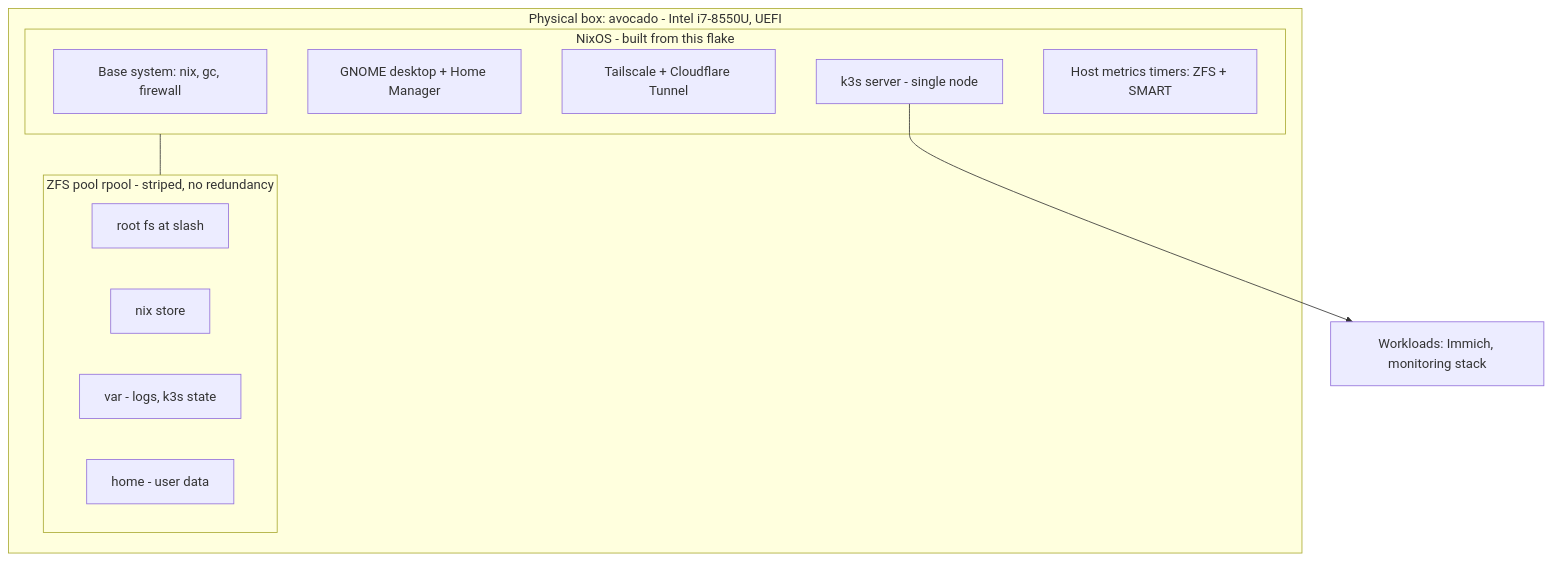
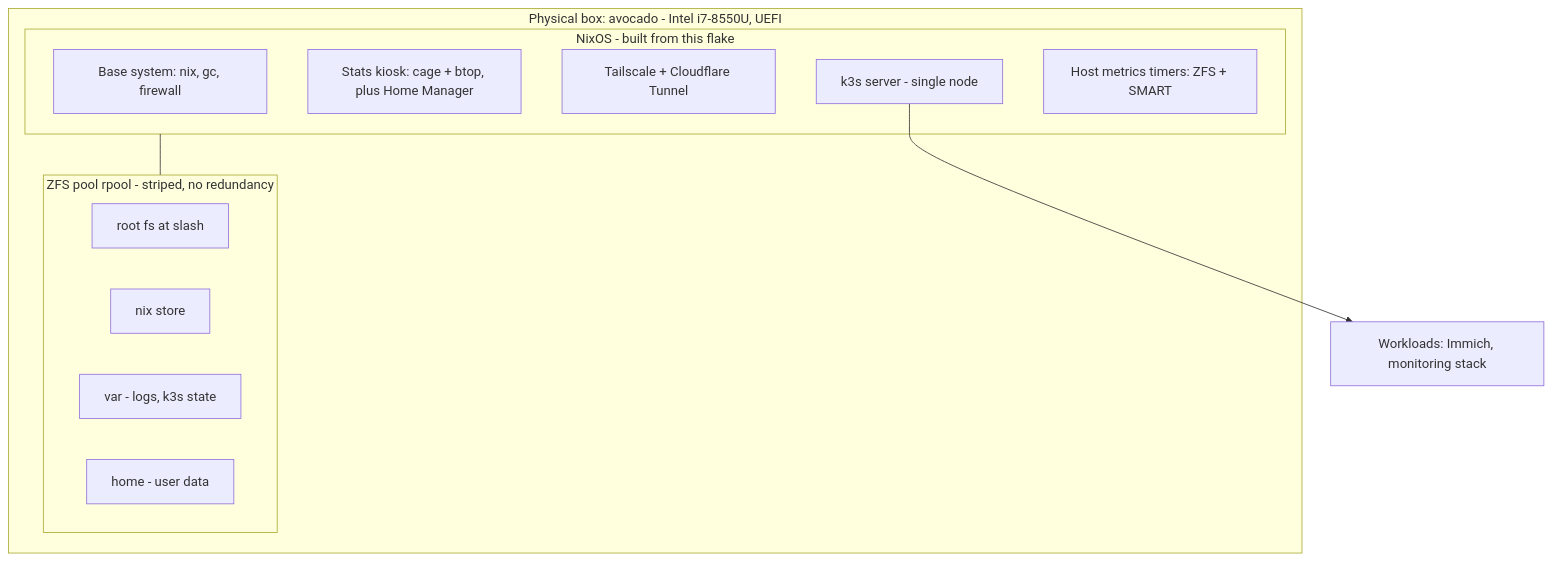
One commit to rithviknishad/systems.nix changed the first of 5 diagrams in docs/architecture.md. Above: the diagram before and after it, drawn with Mermaid. The commit also changed other lines of this file and 9 other files, not shown here.

````diff
--- a/docs/architecture.md
+++ b/docs/architecture.md
@@ -16,21 +16,21 @@
 ```mermaid
 flowchart TB
     subgraph HW[Physical box: avocado - Intel i7-8550U, UEFI]
         subgraph OS[NixOS - built from this flake]
             base[Base system: nix, gc, firewall]
-            desk[GNOME desktop + Home Manager]
+            desk[Stats kiosk: cage + btop, plus Home Manager]
             net[Tailscale + Cloudflare Tunnel]
             k3s[k3s server - single node]
             mon[Host metrics timers: ZFS + SMART]
         end
         subgraph ZFS[ZFS pool rpool - striped, no redundancy]
             root[root fs at slash]
             nixds[nix store]
             vards[var - logs, k3s state]
             homeds[home - user data]
         end
     end
 
     OS --- ZFS
     k3s --> workloads[Workloads: Immich, monitoring stack]
 ```
````
